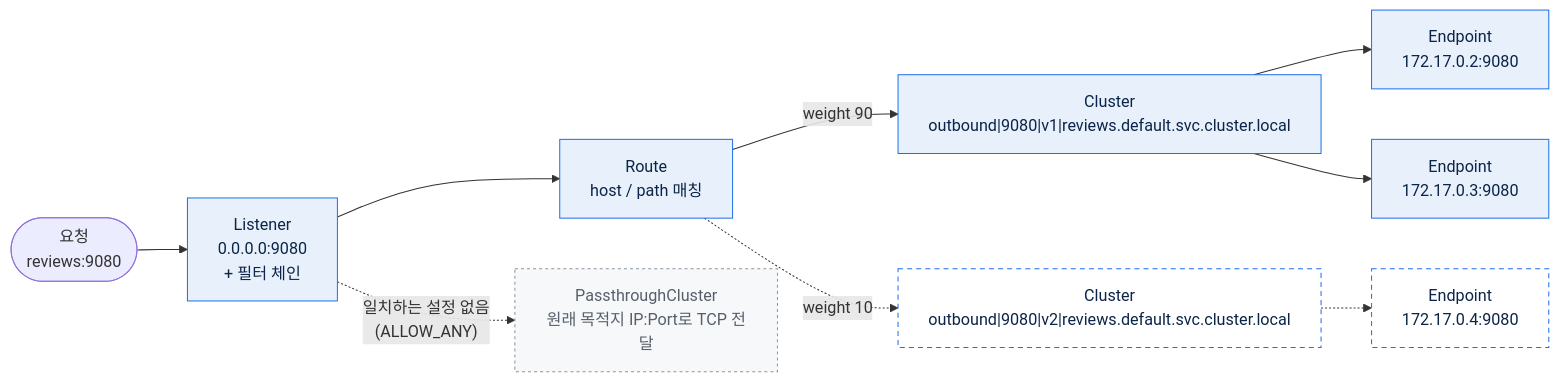
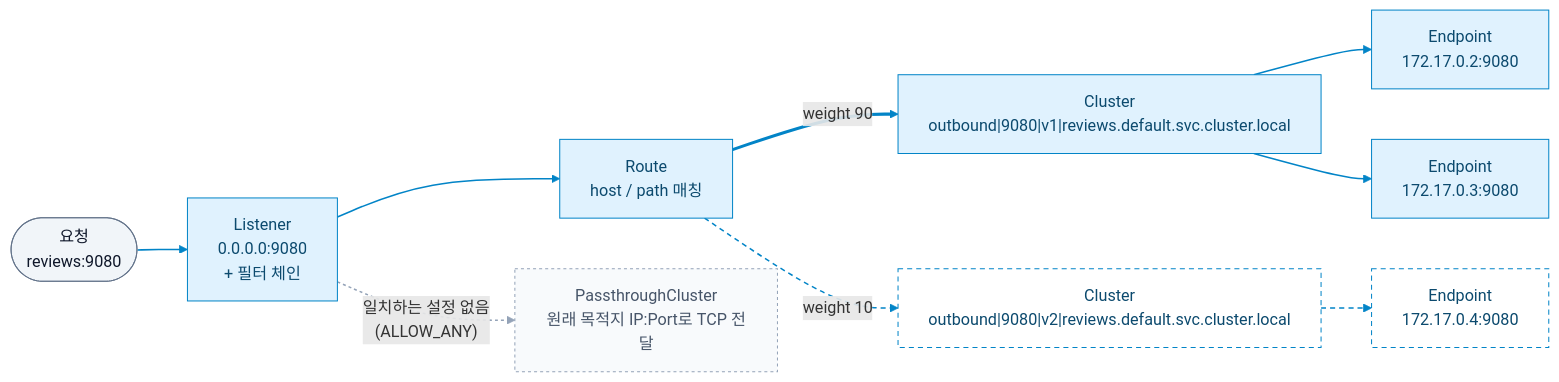
The second of 6 diagrams in content/posts/2026-09-26-istio-envoy-xds/index.md (ChanghwanK/ChanghwanK.github.io), drawn with Mermaid before and after one commit. The commit also changed other lines of this file, not shown here.

First line of the commit message:
content(blog): apply shared palette to remaining diagrams

````diff
--- a/content/posts/2026-09-26-istio-envoy-xds/index.md
+++ b/content/posts/2026-09-26-istio-envoy-xds/index.md
@@ -81,17 +81,24 @@
 ```mermaid
 flowchart LR
   REQ(["요청<br/>reviews:9080"]) --> L["Listener<br/>0.0.0.0:9080<br/>+ 필터 체인"]
   L --> R["Route<br/>host / path 매칭"]
   R -->|"weight 90"| C1["Cluster<br/>outbound#124;9080#124;v1#124;reviews.default.svc.cluster.local"]
   R -.->|"weight 10"| C2["Cluster<br/>outbound#124;9080#124;v2#124;reviews.default.svc.cluster.local"]
   C1 --> E1["Endpoint<br/>172.17.0.2:9080"]
   C1 --> E2["Endpoint<br/>172.17.0.3:9080"]
   C2 -.-> E3["Endpoint<br/>172.17.0.4:9080"]
   L -.->|"일치하는 설정 없음<br/>(ALLOW_ANY)"| P["PassthroughCluster<br/>원래 목적지 IP:Port로 TCP 전달"]
-  classDef stable fill:#e8f1fb,stroke:#1f6feb,color:#0b2447
-  classDef canary fill:#ffffff,stroke:#1f6feb,stroke-dasharray:5 4,color:#0b2447
-  classDef fallback fill:#f6f8fa,stroke:#8c959f,stroke-dasharray:3 3,color:#57606a
+  classDef request fill:#f1f5f9,stroke:#64748b,color:#0f172a
+  classDef stable fill:#e0f2fe,stroke:#0284c7,color:#0c4a6e
+  classDef canary fill:#ffffff,stroke:#0284c7,stroke-dasharray:5 4,color:#0c4a6e
+  classDef fallback fill:#f8fafc,stroke:#94a3b8,stroke-dasharray:3 3,color:#475569
+  class REQ request
   class L,R,C1,E1,E2 stable
   class C2,E3 canary
   class P fallback
+
+  linkStyle 0,1,4,5 stroke:#0284c7,stroke-width:1.5px
+  linkStyle 2 stroke:#0284c7,stroke-width:3px
+  linkStyle 3,6 stroke:#0284c7,stroke-width:1.5px,stroke-dasharray:5 4
+  linkStyle 7 stroke:#94a3b8,stroke-width:1.5px,stroke-dasharray:3 3
 ```
````
